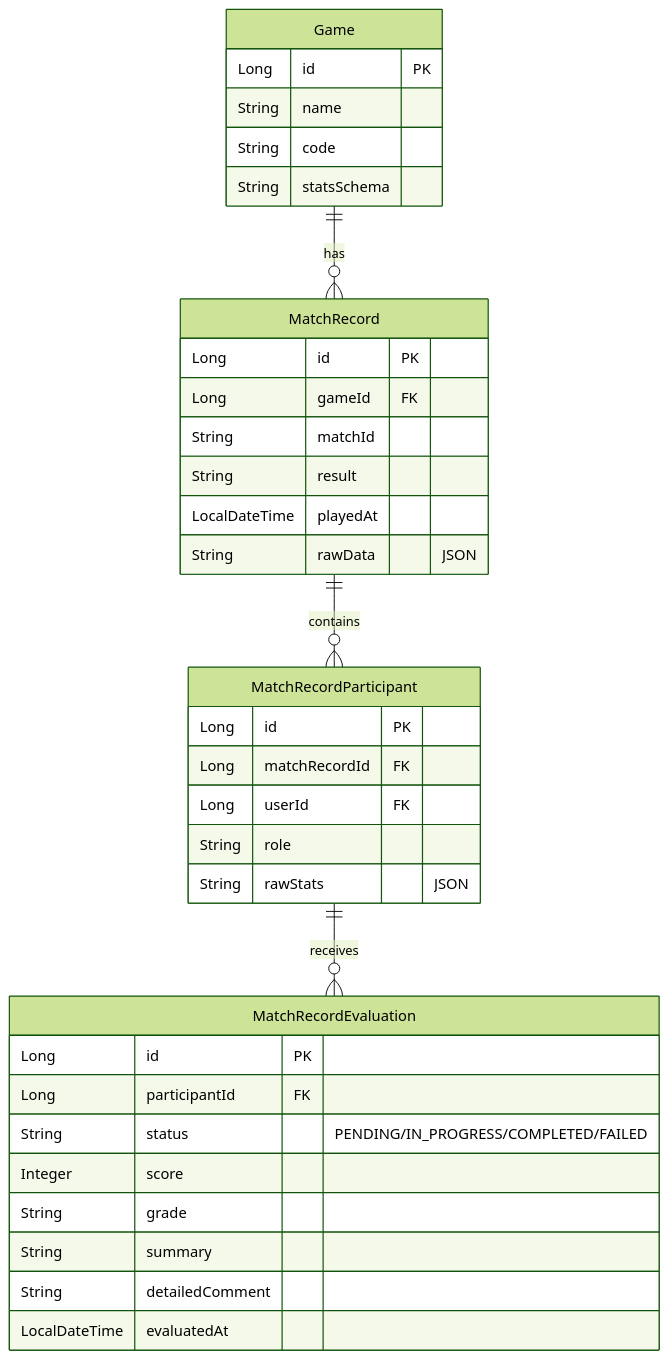
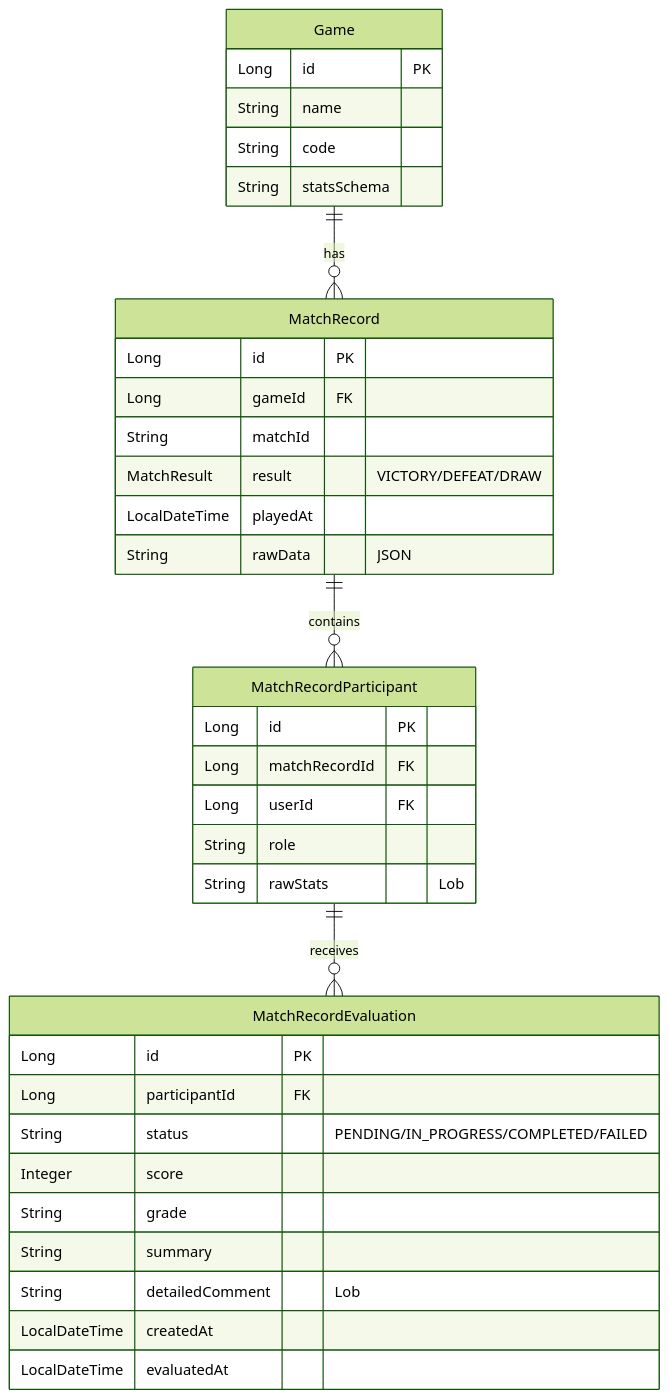
The first of 2 diagrams in ai_전적_분석_기능_계획_fd5f934f.plan.md (gaebarja99/game-matching-platform), drawn with Mermaid (forest theme) before and after one commit. The commit also changed other lines of this file and 76 other files, not shown here.

````diff
--- a/ai_전적_분석_기능_계획_fd5f934f.plan.md
+++ b/ai_전적_분석_기능_계획_fd5f934f.plan.md
@@ -234,37 +267,38 @@
 ```mermaid
 erDiagram
     Game ||--o{ MatchRecord : has
     MatchRecord ||--o{ MatchRecordParticipant : contains
     MatchRecordParticipant ||--o{ MatchRecordEvaluation : receives
     Game {
         Long id PK
         String name
         String code
         String statsSchema
     }
     MatchRecord {
         Long id PK
         Long gameId FK
         String matchId
-        String result
+        MatchResult result "VICTORY/DEFEAT/DRAW"
         LocalDateTime playedAt
         String rawData "JSON"
     }
     MatchRecordParticipant {
         Long id PK
         Long matchRecordId FK
         Long userId FK
         String role
-        String rawStats "JSON"
+        String rawStats "Lob"
     }
     MatchRecordEvaluation {
         Long id PK
         Long participantId FK
         String status "PENDING/IN_PROGRESS/COMPLETED/FAILED"
         Integer score
         String grade
         String summary
-        String detailedComment
+        String detailedComment "Lob"
+        LocalDateTime createdAt
         LocalDateTime evaluatedAt
     }
 ```
````
